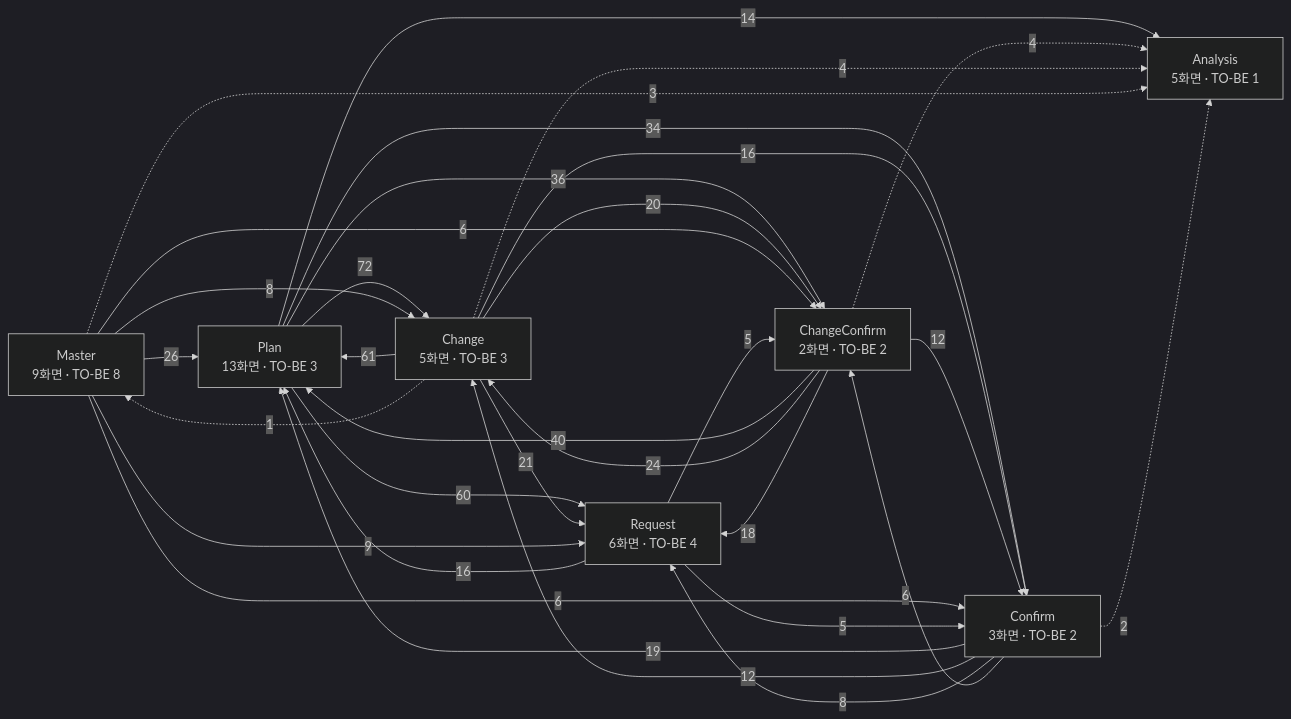
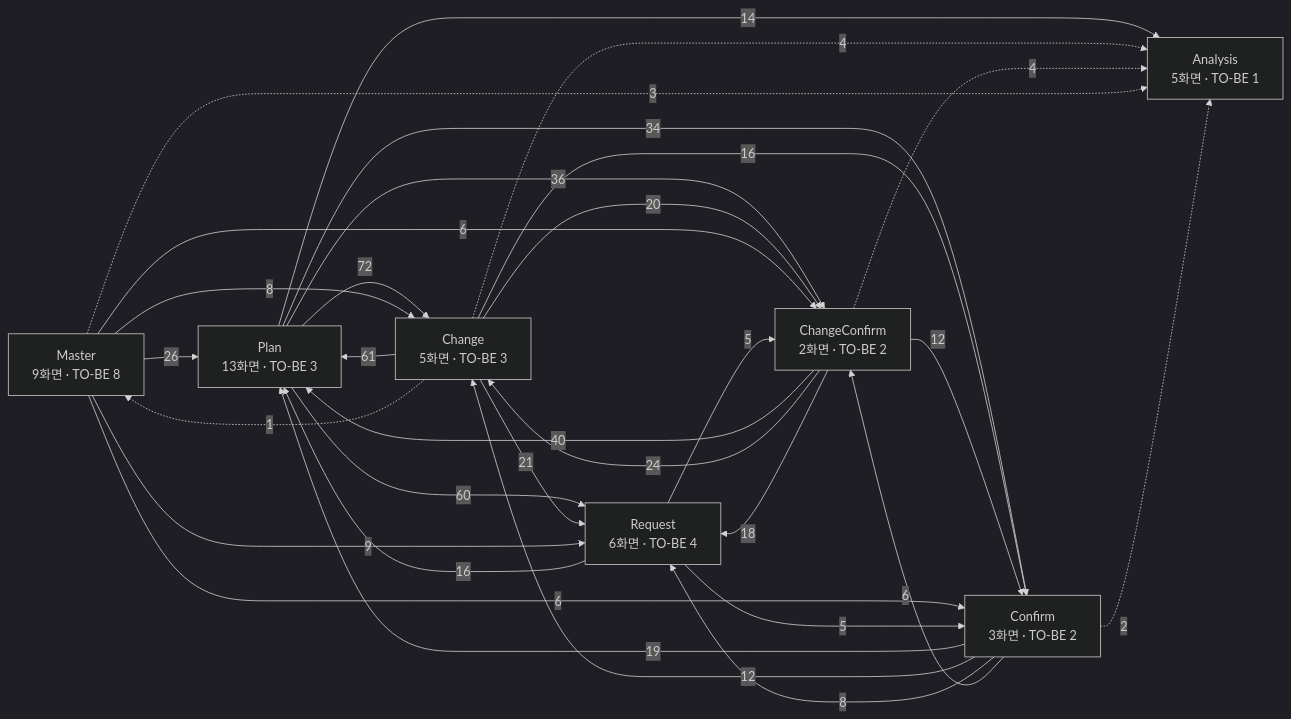
The second of 11 diagrams in Doc/화면분석서/SSP_FLOW/SSP_PROCESS_FLOW.md (leekc297/NSCM_NEW), drawn with Mermaid (dark theme) before and after one commit. The commit also changed other lines of this file and 23463 other files, not shown here.

````diff
--- a/Doc/화면분석서/SSP_FLOW/SSP_PROCESS_FLOW.md
+++ b/Doc/화면분석서/SSP_FLOW/SSP_PROCESS_FLOW.md
@@ -43,40 +43,40 @@
 ```mermaid
 flowchart LR
   ST_Master["Master<br/>9화면 · TO-BE 8"]
   ST_Request["Request<br/>6화면 · TO-BE 4"]
   ST_Plan["Plan<br/>13화면 · TO-BE 3"]
   ST_Confirm["Confirm<br/>3화면 · TO-BE 2"]
   ST_Change["Change<br/>5화면 · TO-BE 3"]
   ST_ChangeConfirm["ChangeConfirm<br/>2화면 · TO-BE 2"]
   ST_Analysis["Analysis<br/>5화면 · TO-BE 1"]
   ST_Plan -->|72| ST_Change
   ST_Change -->|61| ST_Plan
   ST_Plan -->|60| ST_Request
   ST_ChangeConfirm -->|40| ST_Plan
   ST_Plan -->|36| ST_ChangeConfirm
   ST_Plan -->|34| ST_Confirm
   ST_Master -->|26| ST_Plan
   ST_ChangeConfirm -->|24| ST_Change
   ST_Change -->|21| ST_Request
   ST_Change -->|20| ST_ChangeConfirm
   ST_Confirm -->|19| ST_Plan
   ST_ChangeConfirm -->|18| ST_Request
+  ST_Request -->|16| ST_Plan
   ST_Change -->|16| ST_Confirm
-  ST_Request -->|16| ST_Plan
   ST_Plan -->|14| ST_Analysis
   ST_ChangeConfirm -->|12| ST_Confirm
   ST_Confirm -->|12| ST_Change
   ST_Master -->|9| ST_Request
   ST_Confirm -->|8| ST_Request
   ST_Master -->|8| ST_Change
   ST_Confirm -->|6| ST_ChangeConfirm
   ST_Master -->|6| ST_ChangeConfirm
   ST_Master -->|6| ST_Confirm
   ST_Request -->|5| ST_ChangeConfirm
   ST_Request -->|5| ST_Confirm
+  ST_Change -.->|4| ST_Analysis
   ST_ChangeConfirm -.->|4| ST_Analysis
-  ST_Change -.->|4| ST_Analysis
   ST_Master -.->|3| ST_Analysis
   ST_Confirm -.->|2| ST_Analysis
   ST_Change -.->|1| ST_Master
 ```
````
